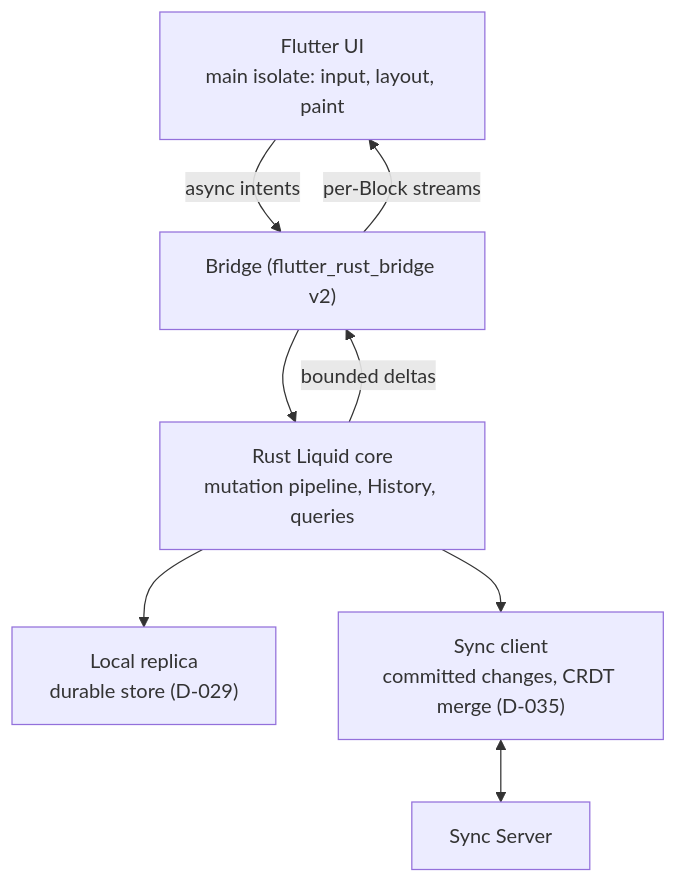
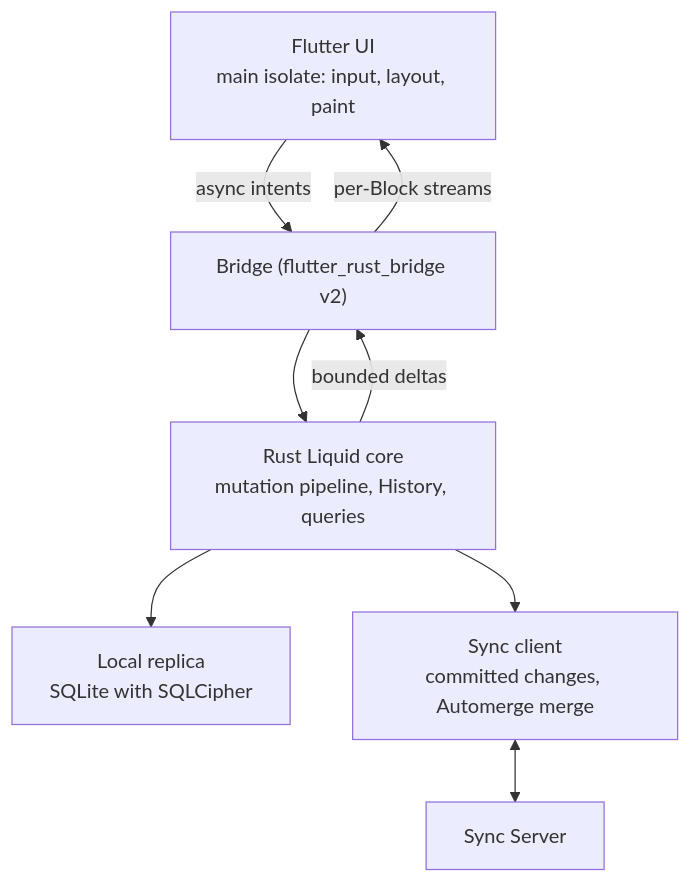
Before and after one commit to Open-Equilibrium/watershed: the diagram in docs/concept/liquid-client-architecture.md, drawn with Mermaid. The commit also changed other lines of this file and 12 other files, not shown here.

````diff
--- a/docs/concept/liquid-client-architecture.md
+++ b/docs/concept/liquid-client-architecture.md
@@ -11,10 +11,10 @@
 ```mermaid
 flowchart TD
   UI["Flutter UI<br/>main isolate: input, layout, paint"] -->|"async intents"| BR["Bridge (flutter_rust_bridge v2)"]
   BR --> CORE["Rust Liquid core<br/>mutation pipeline, History, queries"]
-  CORE --> ST["Local replica<br/>durable store (D-029)"]
-  CORE --> SY["Sync client<br/>committed changes, CRDT merge (D-035)"]
+  CORE --> ST["Local replica<br/>SQLite with SQLCipher"]
+  CORE --> SY["Sync client<br/>committed changes, Automerge merge"]
   SY <--> SS["Sync Server"]
   CORE -->|"bounded deltas"| BR
   BR -->|"per-Block streams"| UI
 ```
````
